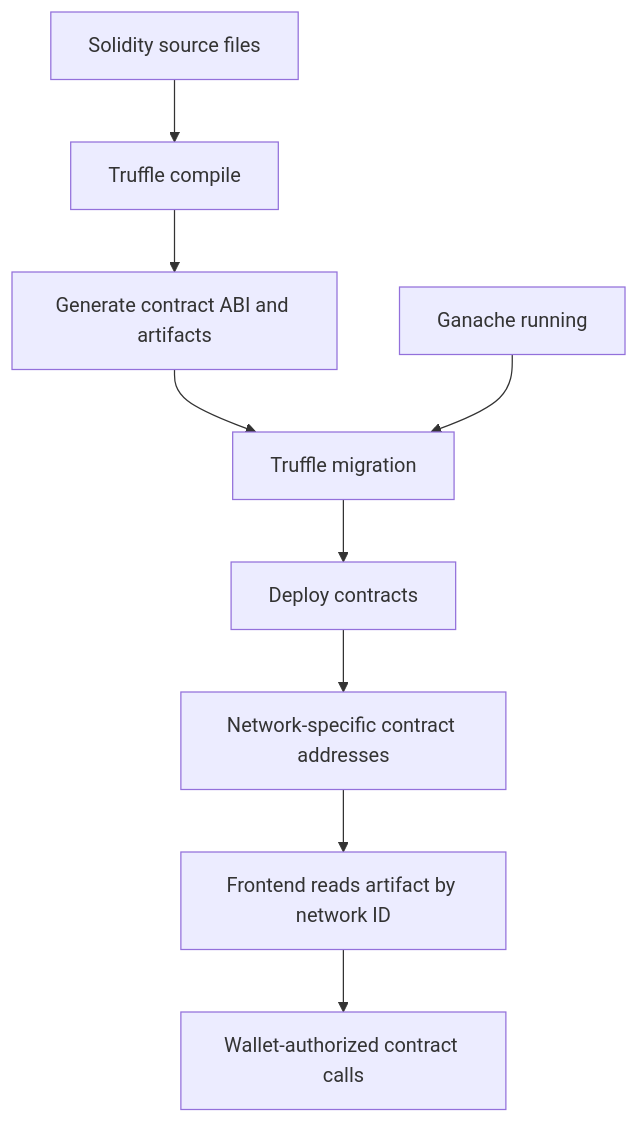
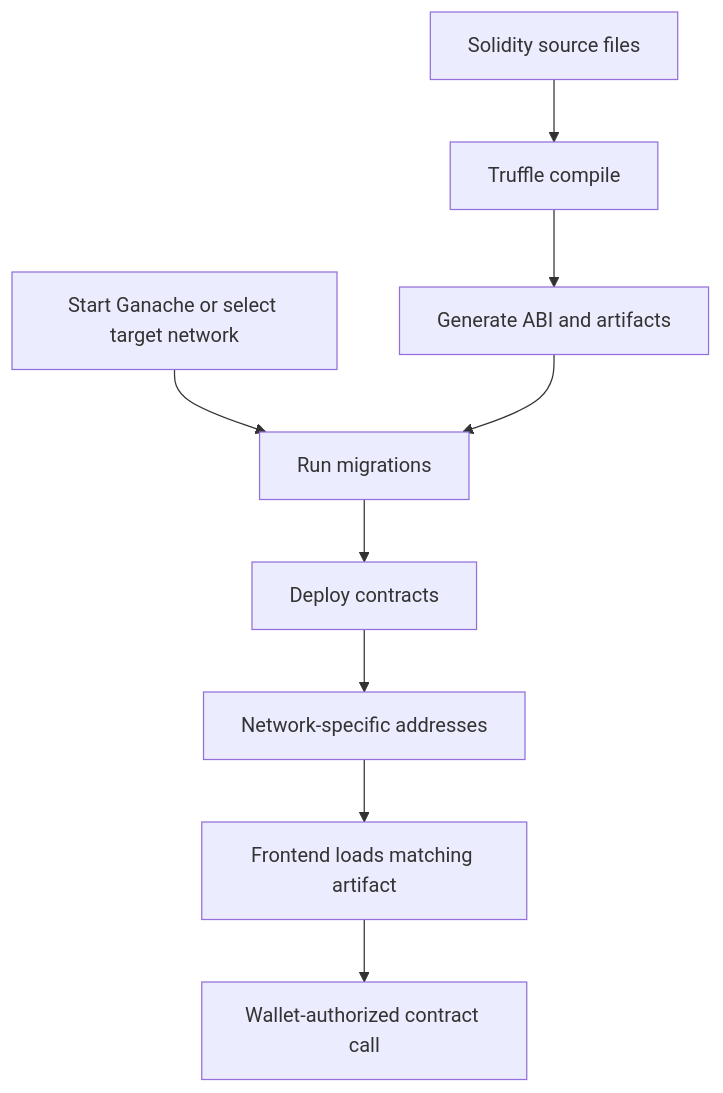
One commit to TheZohaibKhan/EHR changed the fifth of 5 diagrams in README.md. Above: the diagram before and after it, drawn with Mermaid. The commit also changed other lines of this file, not shown here.

````diff
--- a/README.md
+++ b/README.md
@@ -368,11 +293,11 @@
 ```mermaid
 flowchart TD
     SRC[Solidity source files] --> COMPILE[Truffle compile]
-    COMPILE --> ART[Generate contract ABI and artifacts]
-    ART --> MIG[Truffle migration]
-    GAN[Ganache running] --> MIG
+    COMPILE --> ART[Generate ABI and artifacts]
+    GAN[Start Ganache or select target network] --> MIG[Run migrations]
+    ART --> MIG
     MIG --> DEPLOY[Deploy contracts]
-    DEPLOY --> ADDR[Network-specific contract addresses]
-    ADDR --> FRONTEND[Frontend reads artifact by network ID]
-    FRONTEND --> TX[Wallet-authorized contract calls]
+    DEPLOY --> ADDR[Network-specific addresses]
+    ADDR --> FRONTEND[Frontend loads matching artifact]
+    FRONTEND --> TX[Wallet-authorized contract call]
 ```
````
